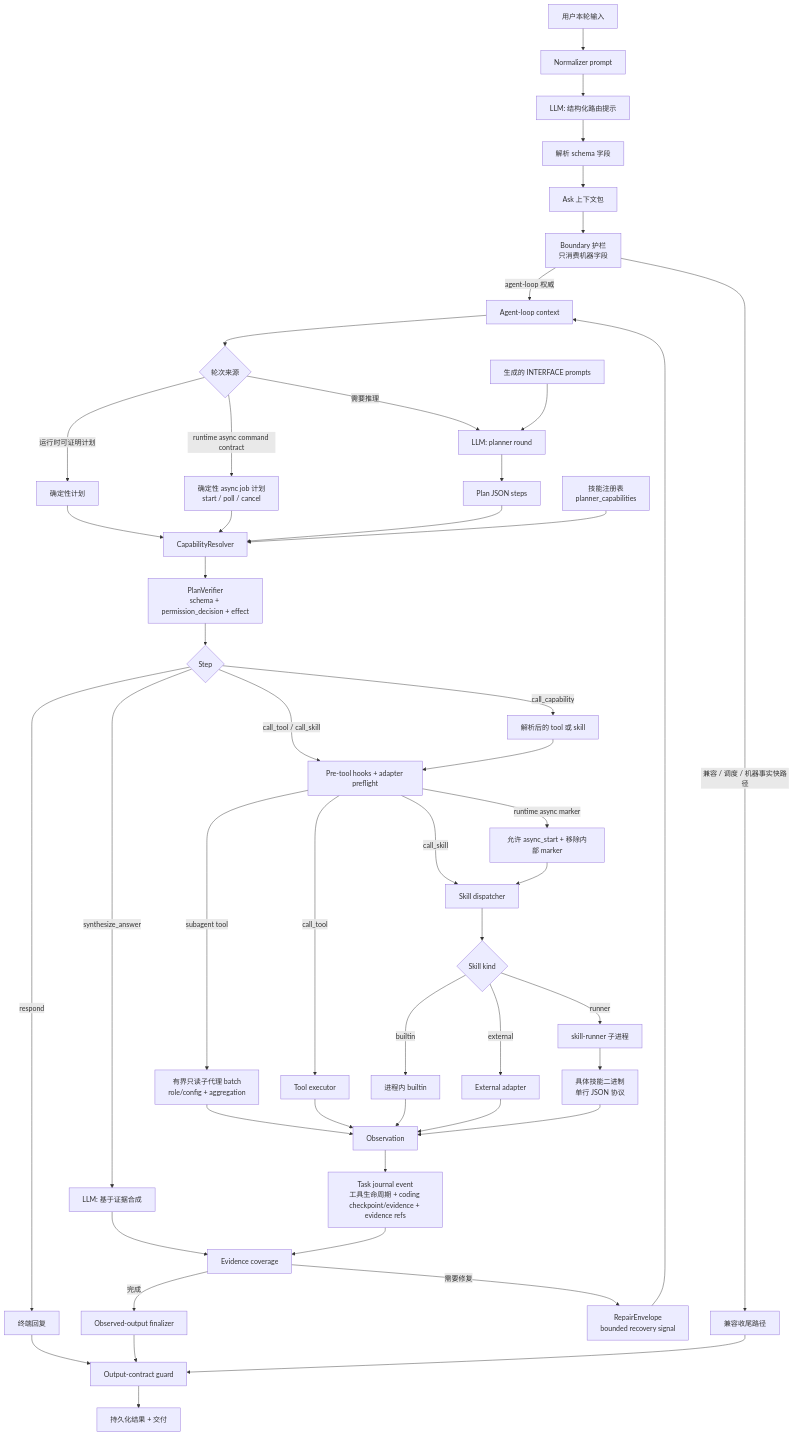
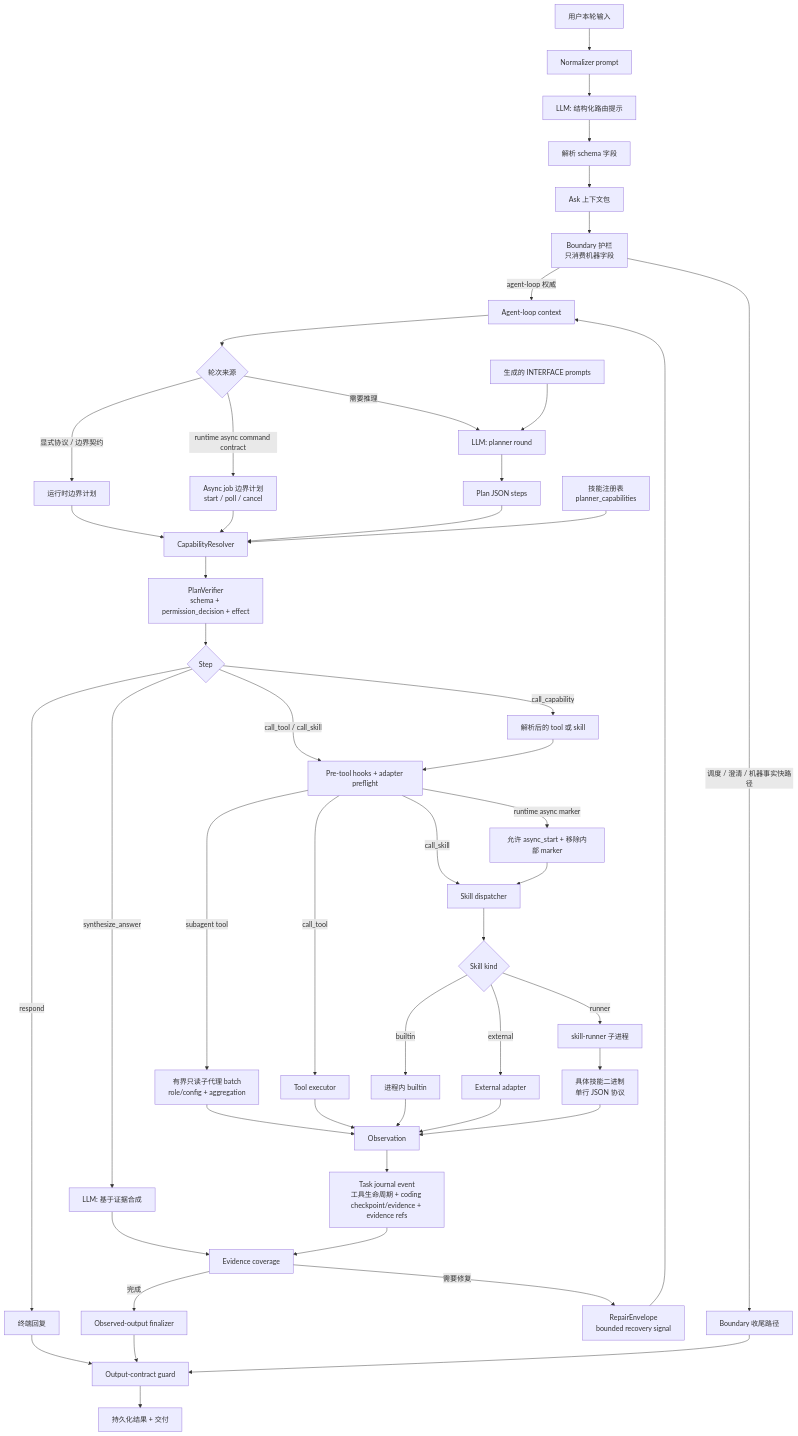
One commit to MatrixCoreX/RustClaw changed the second of 3 diagrams in README.zh-CN.md. Above: the diagram before and after it, drawn with Mermaid. The commit also changed other lines of this file and 1 other file, not shown here.

Commit message:
Align README agent-loop flowcharts

````diff
--- a/README.zh-CN.md
+++ b/README.zh-CN.md
@@ -120,52 +120,52 @@
 ```mermaid
 flowchart TD
     A[用户本轮输入] --> B[Normalizer prompt]
     B --> C[LLM: 结构化路由提示]
     C --> D[解析 schema 字段]
     D --> E[Ask 上下文包]
     E --> F[Boundary 护栏<br/>只消费机器字段]
     F -->|agent-loop 权威| G[Agent-loop context]
-    F -->|兼容 / 调度 / 机器事实快路径| H[兼容收尾路径]
+    F -->|调度 / 澄清 / 机器事实快路径| H[Boundary 收尾路径]
     G --> I{轮次来源}
-    I -->|运行时可证明计划| J[确定性计划]
-    I -->|runtime async command contract| JA[确定性 async job 计划<br/>start / poll / cancel]
+    I -->|显式协议 / 边界契约| J[运行时边界计划]
+    I -->|runtime async command contract| JA[Async job 边界计划<br/>start / poll / cancel]
     I -->|需要推理| K[LLM: planner round]
     K --> L[Plan JSON steps]
     J --> M[CapabilityResolver]
     JA --> M
     L --> M
     N[技能注册表<br/>planner_capabilities] --> M
     O[生成的 INTERFACE prompts] --> K
     M --> P[PlanVerifier<br/>schema + permission_decision + effect]
     P --> Q{Step}
     Q -->|call_capability| R[解析后的 tool 或 skill]
     Q -->|call_tool / call_skill| QA[Pre-tool hooks + adapter preflight]
     R --> QA
     QA -->|runtime async marker| AR[允许 async_start + 移除内部 marker]
     QA -->|subagent tool| SS[有界只读子代理 batch<br/>role/config + aggregation]
     QA -->|call_tool| S[Tool executor]
     QA -->|call_skill| T[Skill dispatcher]
     AR --> T
     T --> U{Skill kind}
     U -->|builtin| V[进程内 builtin]
     U -->|external| W[External adapter]
     U -->|runner| X[skill-runner 子进程]
     X --> Y[具体技能二进制<br/>单行 JSON 协议]
     SS --> Z
     S --> Z[Observation]
     V --> Z
     W --> Z
     Y --> Z
     Z --> ZEV[Task journal event<br/>工具生命周期 + coding checkpoint/evidence + evidence refs]
     Q -->|synthesize_answer| ZA[LLM: 基于证据合成]
     Q -->|respond| ZB[终端回复]
     ZA --> ZC[Evidence coverage]
     ZEV --> ZC
     ZC -->|需要修复| ZR[RepairEnvelope<br/>bounded recovery signal]
     ZR --> G
     ZC -->|完成| ZD[Observed-output finalizer]
     ZB --> ZE[Output-contract guard]
     ZD --> ZE
     H --> ZE
     ZE --> ZF[持久化结果 + 交付]
 ```
````
